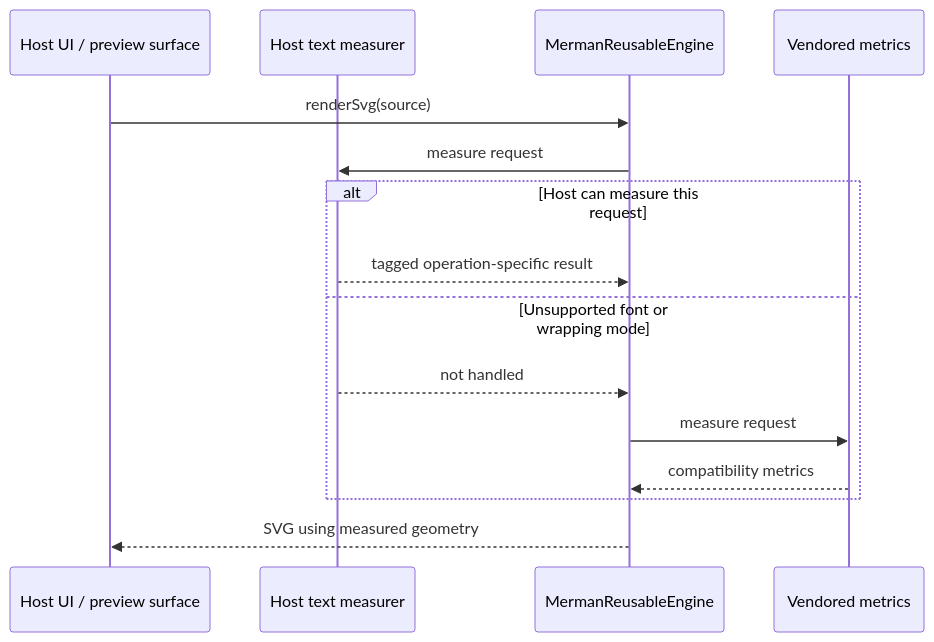
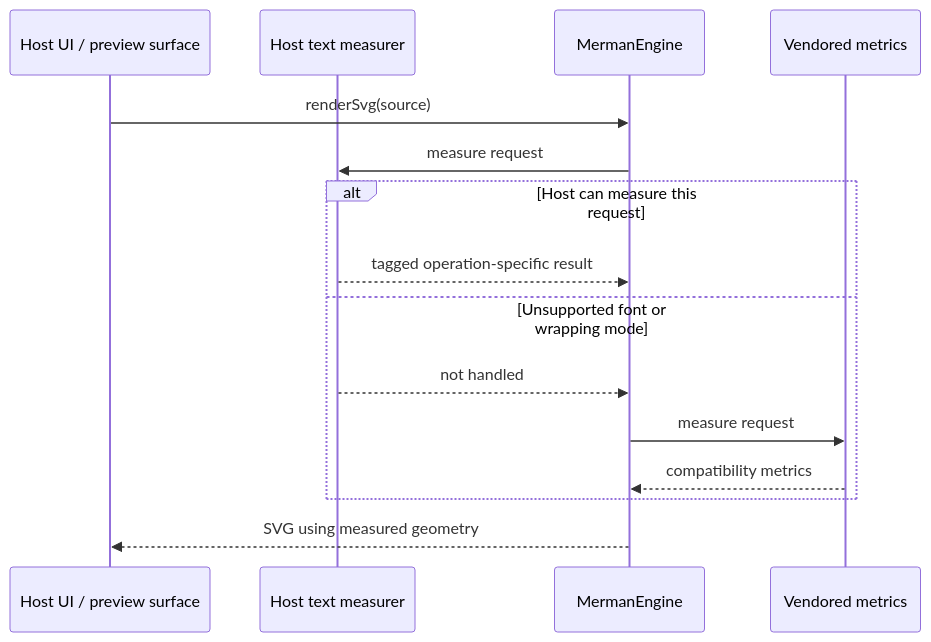
One commit to Latias94/merman changed the diagram in docs/bindings/HOST_TEXT_MEASUREMENT.md. Above: the diagram before and after it, drawn with Mermaid. The commit also changed other lines of this file and 76 other files, not shown here.

````diff
--- a/docs/bindings/HOST_TEXT_MEASUREMENT.md
+++ b/docs/bindings/HOST_TEXT_MEASUREMENT.md
@@ -32,18 +32,18 @@
 ```mermaid
 sequenceDiagram
     participant Host as Host UI / preview surface
     participant Adapter as Host text measurer
-    participant Engine as MermanReusableEngine
+    participant Engine as MermanEngine
     participant Fallback as Vendored metrics
 
     Host->>Engine: renderSvg(source)
     Engine->>Adapter: measure request
     alt Host can measure this request
         Adapter-->>Engine: tagged operation-specific result
     else Unsupported font or wrapping mode
         Adapter-->>Engine: not handled
         Engine->>Fallback: measure request
         Fallback-->>Engine: compatibility metrics
     end
     Engine-->>Host: SVG using measured geometry
 ```
````
